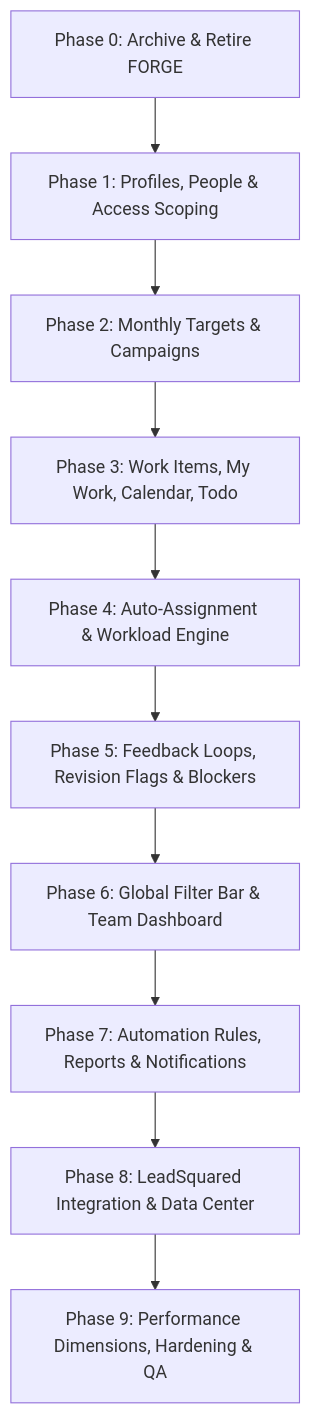
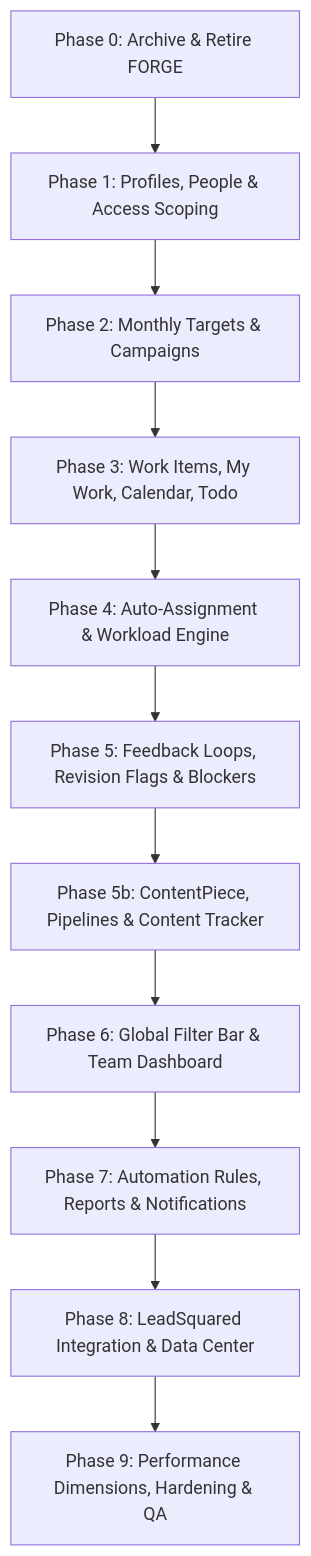
One commit to mubashirofcl/haca-forge changed the diagram in Docs/BUILD_PLAN.md. Above: the diagram before and after it, drawn with Mermaid. The commit also changed other lines of this file and 73 other files, not shown here.

````diff
--- a/Docs/BUILD_PLAN.md
+++ b/Docs/BUILD_PLAN.md
@@ -14,12 +14,13 @@
 ```mermaid
 graph TD
     P0[Phase 0: Archive & Retire FORGE] --> P1[Phase 1: Profiles, People & Access Scoping]
     P1 --> P2[Phase 2: Monthly Targets & Campaigns]
     P2 --> P3[Phase 3: Work Items, My Work, Calendar, Todo]
     P3 --> P4[Phase 4: Auto-Assignment & Workload Engine]
     P4 --> P5[Phase 5: Feedback Loops, Revision Flags & Blockers]
-    P5 --> P6[Phase 6: Global Filter Bar & Team Dashboard]
+    P5 --> P5b[Phase 5b: ContentPiece, Pipelines & Content Tracker]
+    P5b --> P6[Phase 6: Global Filter Bar & Team Dashboard]
     P6 --> P7[Phase 7: Automation Rules, Reports & Notifications]
     P7 --> P8[Phase 8: LeadSquared Integration & Data Center]
     P8 --> P9[Phase 9: Performance Dimensions, Hardening & QA]
 ```
````
